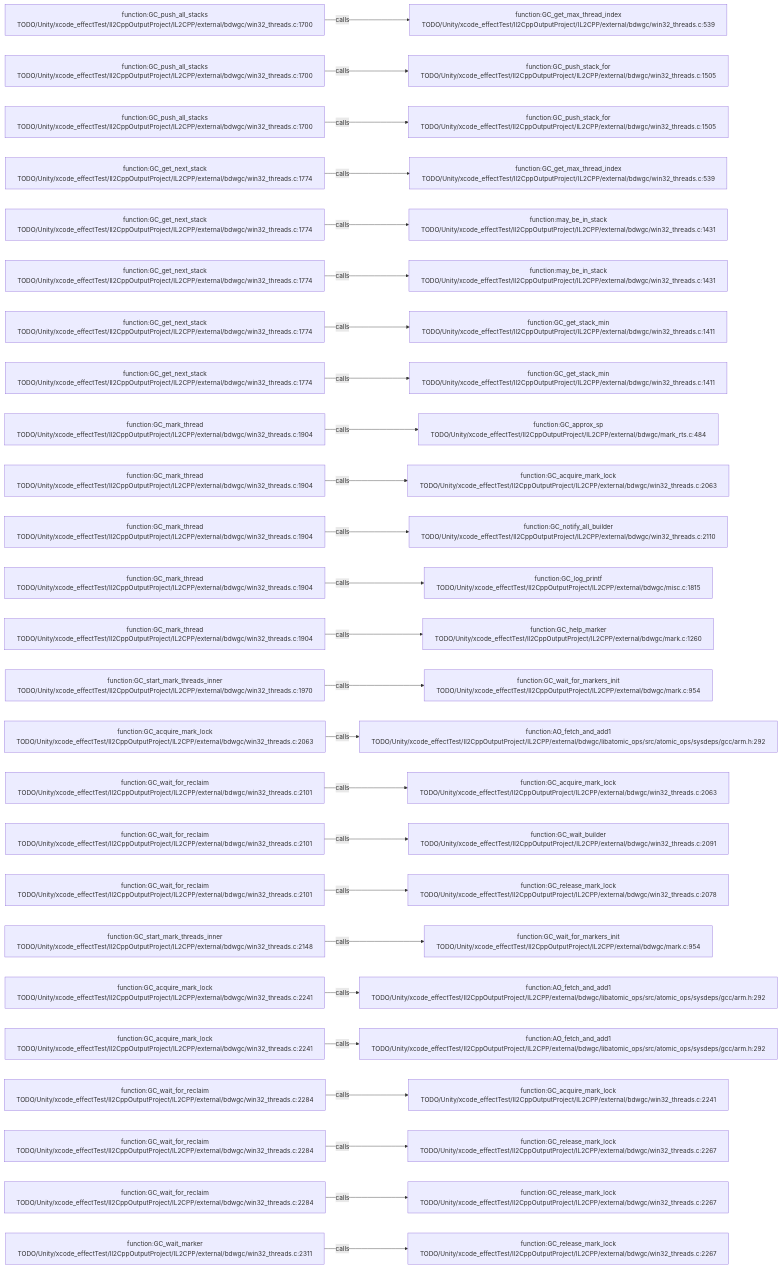
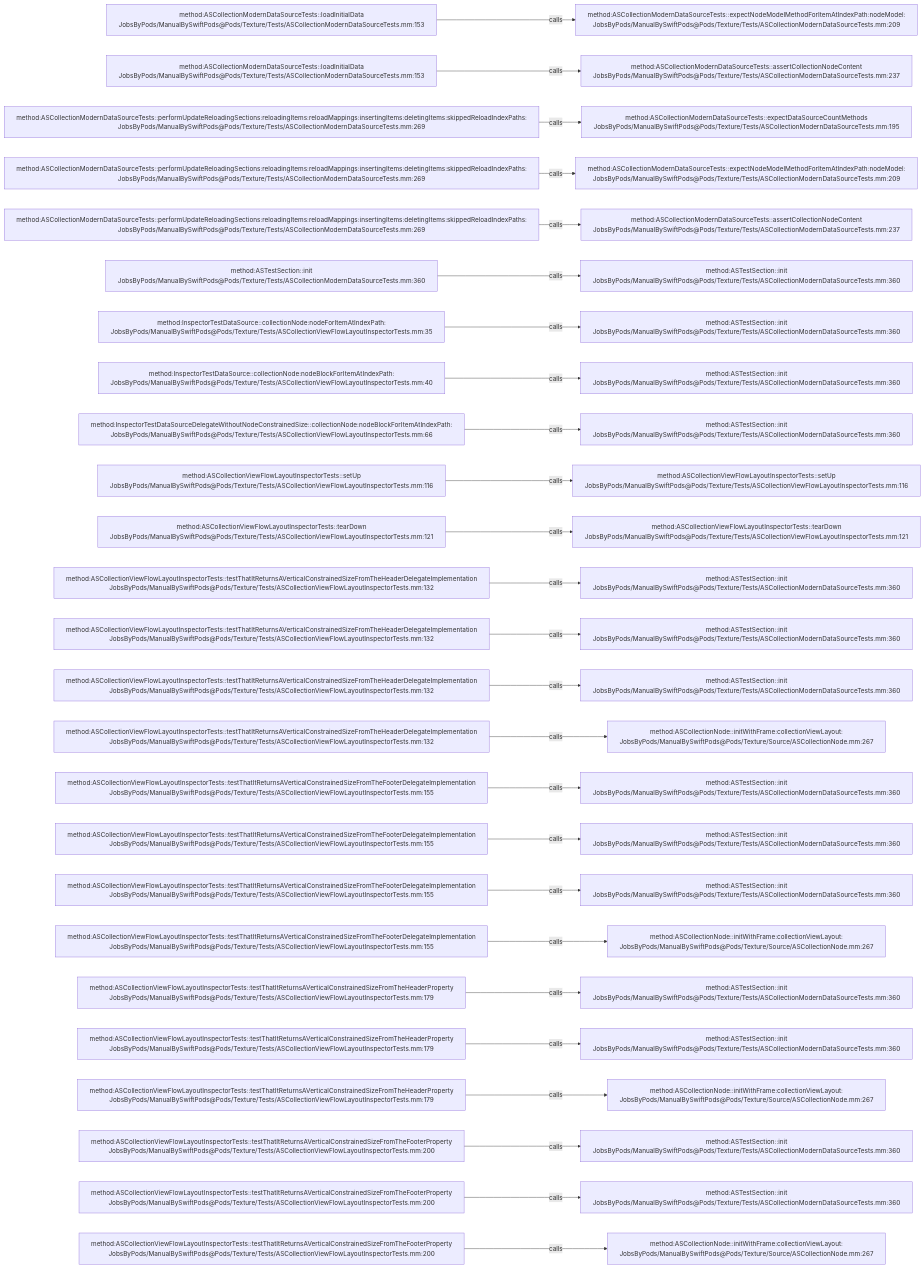
The diagram in .codegraph/codegraph.md/graphs/calls-187.md (JobsKits/JobsSwiftBaseConfigDemo), drawn with Mermaid before and after one commit. The commit also changed 2959 other files, not shown here.

````diff
--- a/.codegraph/codegraph.md/graphs/calls-187.md
+++ b/.codegraph/codegraph.md/graphs/calls-187.md
@@ -13,78 +13,78 @@
 ```mermaid
 flowchart LR
-  S1["function:GC_push_all_stacks<br/>TODO/Unity/xcode_effectTest/Il2CppOutputProject/IL2CPP/external/bdwgc/win32_threads.c:1700"]
-  T1["function:GC_get_max_thread_index<br/>TODO/Unity/xcode_effectTest/Il2CppOutputProject/IL2CPP/external/bdwgc/win32_threads.c:539"]
+  S1["method:ASCollectionModernDataSourceTests::loadInitialData<br/>JobsByPods/ManualBySwiftPods@Pods/Texture/Tests/ASCollectionModernDataSourceTests.mm:153"]
+  T1["method:ASCollectionModernDataSourceTests::expectNodeModelMethodForItemAtIndexPath:nodeModel:<br/>JobsByPods/ManualBySwiftPods@Pods/Texture/Tests/ASCollectionModernDataSourceTests.mm:209"]
   S1 -->|calls| T1
-  S2["function:GC_push_all_stacks<br/>TODO/Unity/xcode_effectTest/Il2CppOutputProject/IL2CPP/external/bdwgc/win32_threads.c:1700"]
-  T2["function:GC_push_stack_for<br/>TODO/Unity/xcode_effectTest/Il2CppOutputProject/IL2CPP/external/bdwgc/win32_threads.c:1505"]
+  S2["method:ASCollectionModernDataSourceTests::loadInitialData<br/>JobsByPods/ManualBySwiftPods@Pods/Texture/Tests/ASCollectionModernDataSourceTests.mm:153"]
+  T2["method:ASCollectionModernDataSourceTests::assertCollectionNodeContent<br/>JobsByPods/ManualBySwiftPods@Pods/Texture/Tests/ASCollectionModernDataSourceTests.mm:237"]
   S2 -->|calls| T2
-  S3["function:GC_push_all_stacks<br/>TODO/Unity/xcode_effectTest/Il2CppOutputProject/IL2CPP/external/bdwgc/win32_threads.c:1700"]
-  T3["function:GC_push_stack_for<br/>TODO/Unity/xcode_effectTest/Il2CppOutputProject/IL2CPP/external/bdwgc/win32_threads.c:1505"]
+  S3["method:ASCollectionModernDataSourceTests::performUpdateReloadingSections:reloadingItems:reloadMappings:insertingItems:deletingItems:skippedReloadIndexPaths:<br/>JobsByPods/ManualBySwiftPods@Pods/Texture/Tests/ASCollectionModernDataSourceTests.mm:269"]
+  T3["method:ASCollectionModernDataSourceTests::expectDataSourceCountMethods<br/>JobsByPods/ManualBySwiftPods@Pods/Texture/Tests/ASCollectionModernDataSourceTests.mm:195"]
   S3 -->|calls| T3
-  S4["function:GC_get_next_stack<br/>TODO/Unity/xcode_effectTest/Il2CppOutputProject/IL2CPP/external/bdwgc/win32_threads.c:1774"]
-  T4["function:GC_get_max_thread_index<br/>TODO/Unity/xcode_effectTest/Il2CppOutputProject/IL2CPP/external/bdwgc/win32_threads.c:539"]
+  S4["method:ASCollectionModernDataSourceTests::performUpdateReloadingSections:reloadingItems:reloadMappings:insertingItems:deletingItems:skippedReloadIndexPaths:<br/>JobsByPods/ManualBySwiftPods@Pods/Texture/Tests/ASCollectionModernDataSourceTests.mm:269"]
+  T4["method:ASCollectionModernDataSourceTests::expectNodeModelMethodForItemAtIndexPath:nodeModel:<br/>JobsByPods/ManualBySwiftPods@Pods/Texture/Tests/ASCollectionModernDataSourceTests.mm:209"]
   S4 -->|calls| T4
-  S5["function:GC_get_next_stack<br/>TODO/Unity/xcode_effectTest/Il2CppOutputProject/IL2CPP/external/bdwgc/win32_threads.c:1774"]
-  T5["function:may_be_in_stack<br/>TODO/Unity/xcode_effectTest/Il2CppOutputProject/IL2CPP/external/bdwgc/win32_threads.c:1431"]
+  S5["method:ASCollectionModernDataSourceTests::performUpdateReloadingSections:reloadingItems:reloadMappings:insertingItems:deletingItems:skippedReloadIndexPaths:<br/>JobsByPods/ManualBySwiftPods@Pods/Texture/Tests/ASCollectionModernDataSourceTests.mm:269"]
+  T5["method:ASCollectionModernDataSourceTests::assertCollectionNodeContent<br/>JobsByPods/ManualBySwiftPods@Pods/Texture/Tests/ASCollectionModernDataSourceTests.mm:237"]
   S5 -->|calls| T5
-  S6["function:GC_get_next_stack<br/>TODO/Unity/xcode_effectTest/Il2CppOutputProject/IL2CPP/external/bdwgc/win32_threads.c:1774"]
-  T6["function:may_be_in_stack<br/>TODO/Unity/xcode_effectTest/Il2CppOutputProject/IL2CPP/external/bdwgc/win32_threads.c:1431"]
+  S6["method:ASTestSection::init<br/>JobsByPods/ManualBySwiftPods@Pods/Texture/Tests/ASCollectionModernDataSourceTests.mm:360"]
+  T6["method:ASTestSection::init<br/>JobsByPods/ManualBySwiftPods@Pods/Texture/Tests/ASCollectionModernDataSourceTests.mm:360"]
   S6 -->|calls| T6
-  S7["function:GC_get_next_stack<br/>TODO/Unity/xcode_effectTest/Il2CppOutputProject/IL2CPP/external/bdwgc/win32_threads.c:1774"]
-  T7["function:GC_get_stack_min<br/>TODO/Unity/xcode_effectTest/Il2CppOutputProject/IL2CPP/external/bdwgc/win32_threads.c:1411"]
+  S7["method:InspectorTestDataSource::collectionNode:nodeForItemAtIndexPath:<br/>JobsByPods/ManualBySwiftPods@Pods/Texture/Tests/ASCollectionViewFlowLayoutInspectorTests.mm:35"]
+  T7["method:ASTestSection::init<br/>JobsByPods/ManualBySwiftPods@Pods/Texture/Tests/ASCollectionModernDataSourceTests.mm:360"]
   S7 -->|calls| T7
-  S8["function:GC_get_next_stack<br/>TODO/Unity/xcode_effectTest/Il2CppOutputProject/IL2CPP/external/bdwgc/win32_threads.c:1774"]
-  T8["function:GC_get_stack_min<br/>TODO/Unity/xcode_effectTest/Il2CppOutputProject/IL2CPP/external/bdwgc/win32_threads.c:1411"]
+  S8["method:InspectorTestDataSource::collectionNode:nodeBlockForItemAtIndexPath:<br/>JobsByPods/ManualBySwiftPods@Pods/Texture/Tests/ASCollectionViewFlowLayoutInspectorTests.mm:40"]
+  T8["method:ASTestSection::init<br/>JobsByPods/ManualBySwiftPods@Pods/Texture/Tests/ASCollectionModernDataSourceTests.mm:360"]
   S8 -->|calls| T8
-  S9["function:GC_mark_thread<br/>TODO/Unity/xcode_effectTest/Il2CppOutputProject/IL2CPP/external/bdwgc/win32_threads.c:1904"]
-  T9["function:GC_approx_sp<br/>TODO/Unity/xcode_effectTest/Il2CppOutputProject/IL2CPP/external/bdwgc/mark_rts.c:484"]
+  S9["method:InspectorTestDataSourceDelegateWithoutNodeConstrainedSize::collectionNode:nodeBlockForItemAtIndexPath:<br/>JobsByPods/ManualBySwiftPods@Pods/Texture/Tests/ASCollectionViewFlowLayoutInspectorTests.mm:66"]
+  T9["method:ASTestSection::init<br/>JobsByPods/ManualBySwiftPods@Pods/Texture/Tests/ASCollectionModernDataSourceTests.mm:360"]
   S9 -->|calls| T9
-  S10["function:GC_mark_thread<br/>TODO/Unity/xcode_effectTest/Il2CppOutputProject/IL2CPP/external/bdwgc/win32_threads.c:1904"]
-  T10["function:GC_acquire_mark_lock<br/>TODO/Unity/xcode_effectTest/Il2CppOutputProject/IL2CPP/external/bdwgc/win32_threads.c:2063"]
+  S10["method:ASCollectionViewFlowLayoutInspectorTests::setUp<br/>JobsByPods/ManualBySwiftPods@Pods/Texture/Tests/ASCollectionViewFlowLayoutInspectorTests.mm:116"]
+  T10["method:ASCollectionViewFlowLayoutInspectorTests::setUp<br/>JobsByPods/ManualBySwiftPods@Pods/Texture/Tests/ASCollectionViewFlowLayoutInspectorTests.mm:116"]
   S10 -->|calls| T10
-  S11["function:GC_mark_thread<br/>TODO/Unity/xcode_effectTest/Il2CppOutputProject/IL2CPP/external/bdwgc/win32_threads.c:1904"]
-  T11["function:GC_notify_all_builder<br/>TODO/Unity/xcode_effectTest/Il2CppOutputProject/IL2CPP/external/bdwgc/win32_threads.c:2110"]
+  S11["method:ASCollectionViewFlowLayoutInspectorTests::tearDown<br/>JobsByPods/ManualBySwiftPods@Pods/Texture/Tests/ASCollectionViewFlowLayoutInspectorTests.mm:121"]
+  T11["method:ASCollectionViewFlowLayoutInspectorTests::tearDown<br/>JobsByPods/ManualBySwiftPods@Pods/Texture/Tests/ASCollectionViewFlowLayoutInspectorTests.mm:121"]
   S11 -->|calls| T11
-  S12["function:GC_mark_thread<br/>TODO/Unity/xcode_effectTest/Il2CppOutputProject/IL2CPP/external/bdwgc/win32_threads.c:1904"]
-  T12["function:GC_log_printf<br/>TODO/Unity/xcode_effectTest/Il2CppOutputProject/IL2CPP/external/bdwgc/misc.c:1815"]
+  S12["method:ASCollectionViewFlowLayoutInspectorTests::testThatItReturnsAVerticalConstrainedSizeFromTheHeaderDelegateImplementation<br/>JobsByPods/ManualBySwiftPods@Pods/Texture/Tests/ASCollectionViewFlowLayoutInspectorTests.mm:132"]
+  T12["method:ASTestSection::init<br/>JobsByPods/ManualBySwiftPods@Pods/Texture/Tests/ASCollectionModernDataSourceTests.mm:360"]
   S12 -->|calls| T12
-  S13["function:GC_mark_thread<br/>TODO/Unity/xcode_effectTest/Il2CppOutputProject/IL2CPP/external/bdwgc/win32_threads.c:1904"]
-  T13["function:GC_help_marker<br/>TODO/Unity/xcode_effectTest/Il2CppOutputProject/IL2CPP/external/bdwgc/mark.c:1260"]
+  S13["method:ASCollectionViewFlowLayoutInspectorTests::testThatItReturnsAVerticalConstrainedSizeFromTheHeaderDelegateImplementation<br/>JobsByPods/ManualBySwiftPods@Pods/Texture/Tests/ASCollectionViewFlowLayoutInspectorTests.mm:132"]
+  T13["method:ASTestSection::init<br/>JobsByPods/ManualBySwiftPods@Pods/Texture/Tests/ASCollectionModernDataSourceTests.mm:360"]
   S13 -->|calls| T13
-  S14["function:GC_start_mark_threads_inner<br/>TODO/Unity/xcode_effectTest/Il2CppOutputProject/IL2CPP/external/bdwgc/win32_threads.c:1970"]
-  T14["function:GC_wait_for_markers_init<br/>TODO/Unity/xcode_effectTest/Il2CppOutputProject/IL2CPP/external/bdwgc/mark.c:954"]
+  S14["method:ASCollectionViewFlowLayoutInspectorTests::testThatItReturnsAVerticalConstrainedSizeFromTheHeaderDelegateImplementation<br/>JobsByPods/ManualBySwiftPods@Pods/Texture/Tests/ASCollectionViewFlowLayoutInspectorTests.mm:132"]
+  T14["method:ASTestSection::init<br/>JobsByPods/ManualBySwiftPods@Pods/Texture/Tests/ASCollectionModernDataSourceTests.mm:360"]
   S14 -->|calls| T14
-  S15["function:GC_acquire_mark_lock<br/>TODO/Unity/xcode_effectTest/Il2CppOutputProject/IL2CPP/external/bdwgc/win32_threads.c:2063"]
-  T15["function:AO_fetch_and_add1<br/>TODO/Unity/xcode_effectTest/Il2CppOutputProject/IL2CPP/external/bdwgc/libatomic_ops/src/atomic_ops/sysdeps/gcc/arm.h:292"]
+  S15["method:ASCollectionViewFlowLayoutInspectorTests::testThatItReturnsAVerticalConstrainedSizeFromTheHeaderDelegateImplementation<br/>JobsByPods/ManualBySwiftPods@Pods/Texture/Tests/ASCollectionViewFlowLayoutInspectorTests.mm:132"]
+  T15["method:ASCollectionNode::initWithFrame:collectionViewLayout:<br/>JobsByPods/ManualBySwiftPods@Pods/Texture/Source/ASCollectionNode.mm:267"]
   S15 -->|calls| T15
-  S16["function:GC_wait_for_reclaim<br/>TODO/Unity/xcode_effectTest/Il2CppOutputProject/IL2CPP/external/bdwgc/win32_threads.c:2101"]
-  T16["function:GC_acquire_mark_lock<br/>TODO/Unity/xcode_effectTest/Il2CppOutputProject/IL2CPP/external/bdwgc/win32_threads.c:2063"]
+  S16["method:ASCollectionViewFlowLayoutInspectorTests::testThatItReturnsAVerticalConstrainedSizeFromTheFooterDelegateImplementation<br/>JobsByPods/ManualBySwiftPods@Pods/Texture/Tests/ASCollectionViewFlowLayoutInspectorTests.mm:155"]
+  T16["method:ASTestSection::init<br/>JobsByPods/ManualBySwiftPods@Pods/Texture/Tests/ASCollectionModernDataSourceTests.mm:360"]
   S16 -->|calls| T16
-  S17["function:GC_wait_for_reclaim<br/>TODO/Unity/xcode_effectTest/Il2CppOutputProject/IL2CPP/external/bdwgc/win32_threads.c:2101"]
-  T17["function:GC_wait_builder<br/>TODO/Unity/xcode_effectTest/Il2CppOutputProject/IL2CPP/external/bdwgc/win32_threads.c:2091"]
+  S17["method:ASCollectionViewFlowLayoutInspectorTests::testThatItReturnsAVerticalConstrainedSizeFromTheFooterDelegateImplementation<br/>JobsByPods/ManualBySwiftPods@Pods/Texture/Tests/ASCollectionViewFlowLayoutInspectorTests.mm:155"]
+  T17["method:ASTestSection::init<br/>JobsByPods/ManualBySwiftPods@Pods/Texture/Tests/ASCollectionModernDataSourceTests.mm:360"]
   S17 -->|calls| T17
-  S18["function:GC_wait_for_reclaim<br/>TODO/Unity/xcode_effectTest/Il2CppOutputProject/IL2CPP/external/bdwgc/win32_threads.c:2101"]
-  T18["function:GC_release_mark_lock<br/>TODO/Unity/xcode_effectTest/Il2CppOutputProject/IL2CPP/external/bdwgc/win32_threads.c:2078"]
+  S18["method:ASCollectionViewFlowLayoutInspectorTests::testThatItReturnsAVerticalConstrainedSizeFromTheFooterDelegateImplementation<br/>JobsByPods/ManualBySwiftPods@Pods/Texture/Tests/ASCollectionViewFlowLayoutInspectorTests.mm:155"]
+  T18["method:ASTestSection::init<br/>JobsByPods/ManualBySwiftPods@Pods/Texture/Tests/ASCollectionModernDataSourceTests.mm:360"]
   S18 -->|calls| T18
-  S19["function:GC_start_mark_threads_inner<br/>TODO/Unity/xcode_effectTest/Il2CppOutputProject/IL2CPP/external/bdwgc/win32_threads.c:2148"]
-  T19["function:GC_wait_for_markers_init<br/>TODO/Unity/xcode_effectTest/Il2CppOutputProject/IL2CPP/external/bdwgc/mark.c:954"]
+  S19["method:ASCollectionViewFlowLayoutInspectorTests::testThatItReturnsAVerticalConstrainedSizeFromTheFooterDelegateImplementation<br/>JobsByPods/ManualBySwiftPods@Pods/Texture/Tests/ASCollectionViewFlowLayoutInspectorTests.mm:155"]
+  T19["method:ASCollectionNode::initWithFrame:collectionViewLayout:<br/>JobsByPods/ManualBySwiftPods@Pods/Texture/Source/ASCollectionNode.mm:267"]
   S19 -->|calls| T19
-  S20["function:GC_acquire_mark_lock<br/>TODO/Unity/xcode_effectTest/Il2CppOutputProject/IL2CPP/external/bdwgc/win32_threads.c:2241"]
-  T20["function:AO_fetch_and_add1<br/>TODO/Unity/xcode_effectTest/Il2CppOutputProject/IL2CPP/external/bdwgc/libatomic_ops/src/atomic_ops/sysdeps/gcc/arm.h:292"]
+  S20["method:ASCollectionViewFlowLayoutInspectorTests::testThatItReturnsAVerticalConstrainedSizeFromTheHeaderProperty<br/>JobsByPods/ManualBySwiftPods@Pods/Texture/Tests/ASCollectionViewFlowLayoutInspectorTests.mm:179"]
+  T20["method:ASTestSection::init<br/>JobsByPods/ManualBySwiftPods@Pods/Texture/Tests/ASCollectionModernDataSourceTests.mm:360"]
   S20 -->|calls| T20
-  S21["function:GC_acquire_mark_lock<br/>TODO/Unity/xcode_effectTest/Il2CppOutputProject/IL2CPP/external/bdwgc/win32_threads.c:2241"]
-  T21["function:AO_fetch_and_add1<br/>TODO/Unity/xcode_effectTest/Il2CppOutputProject/IL2CPP/external/bdwgc/libatomic_ops/src/atomic_ops/sysdeps/gcc/arm.h:292"]
+  S21["method:ASCollectionViewFlowLayoutInspectorTests::testThatItReturnsAVerticalConstrainedSizeFromTheHeaderProperty<br/>JobsByPods/ManualBySwiftPods@Pods/Texture/Tests/ASCollectionViewFlowLayoutInspectorTests.mm:179"]
+  T21["method:ASTestSection::init<br/>JobsByPods/ManualBySwiftPods@Pods/Texture/Tests/ASCollectionModernDataSourceTests.mm:360"]
   S21 -->|calls| T21
-  S22["function:GC_wait_for_reclaim<br/>TODO/Unity/xcode_effectTest/Il2CppOutputProject/IL2CPP/external/bdwgc/win32_threads.c:2284"]
-  T22["function:GC_acquire_mark_lock<br/>TODO/Unity/xcode_effectTest/Il2CppOutputProject/IL2CPP/external/bdwgc/win32_threads.c:2241"]
+  S22["method:ASCollectionViewFlowLayoutInspectorTests::testThatItReturnsAVerticalConstrainedSizeFromTheHeaderProperty<br/>JobsByPods/ManualBySwiftPods@Pods/Texture/Tests/ASCollectionViewFlowLayoutInspectorTests.mm:179"]
+  T22["method:ASCollectionNode::initWithFrame:collectionViewLayout:<br/>JobsByPods/ManualBySwiftPods@Pods/Texture/Source/ASCollectionNode.mm:267"]
   S22 -->|calls| T22
-  S23["function:GC_wait_for_reclaim<br/>TODO/Unity/xcode_effectTest/Il2CppOutputProject/IL2CPP/external/bdwgc/win32_threads.c:2284"]
-  T23["function:GC_release_mark_lock<br/>TODO/Unity/xcode_effectTest/Il2CppOutputProject/IL2CPP/external/bdwgc/win32_threads.c:2267"]
+  S23["method:ASCollectionViewFlowLayoutInspectorTests::testThatItReturnsAVerticalConstrainedSizeFromTheFooterProperty<br/>JobsByPods/ManualBySwiftPods@Pods/Texture/Tests/ASCollectionViewFlowLayoutInspectorTests.mm:200"]
+  T23["method:ASTestSection::init<br/>JobsByPods/ManualBySwiftPods@Pods/Texture/Tests/ASCollectionModernDataSourceTests.mm:360"]
   S23 -->|calls| T23
-  S24["function:GC_wait_for_reclaim<br/>TODO/Unity/xcode_effectTest/Il2CppOutputProject/IL2CPP/external/bdwgc/win32_threads.c:2284"]
-  T24["function:GC_release_mark_lock<br/>TODO/Unity/xcode_effectTest/Il2CppOutputProject/IL2CPP/external/bdwgc/win32_threads.c:2267"]
+  S24["method:ASCollectionViewFlowLayoutInspectorTests::testThatItReturnsAVerticalConstrainedSizeFromTheFooterProperty<br/>JobsByPods/ManualBySwiftPods@Pods/Texture/Tests/ASCollectionViewFlowLayoutInspectorTests.mm:200"]
+  T24["method:ASTestSection::init<br/>JobsByPods/ManualBySwiftPods@Pods/Texture/Tests/ASCollectionModernDataSourceTests.mm:360"]
   S24 -->|calls| T24
-  S25["function:GC_wait_marker<br/>TODO/Unity/xcode_effectTest/Il2CppOutputProject/IL2CPP/external/bdwgc/win32_threads.c:2311"]
-  T25["function:GC_release_mark_lock<br/>TODO/Unity/xcode_effectTest/Il2CppOutputProject/IL2CPP/external/bdwgc/win32_threads.c:2267"]
+  S25["method:ASCollectionViewFlowLayoutInspectorTests::testThatItReturnsAVerticalConstrainedSizeFromTheFooterProperty<br/>JobsByPods/ManualBySwiftPods@Pods/Texture/Tests/ASCollectionViewFlowLayoutInspectorTests.mm:200"]
+  T25["method:ASCollectionNode::initWithFrame:collectionViewLayout:<br/>JobsByPods/ManualBySwiftPods@Pods/Texture/Source/ASCollectionNode.mm:267"]
   S25 -->|calls| T25
 ```
````
